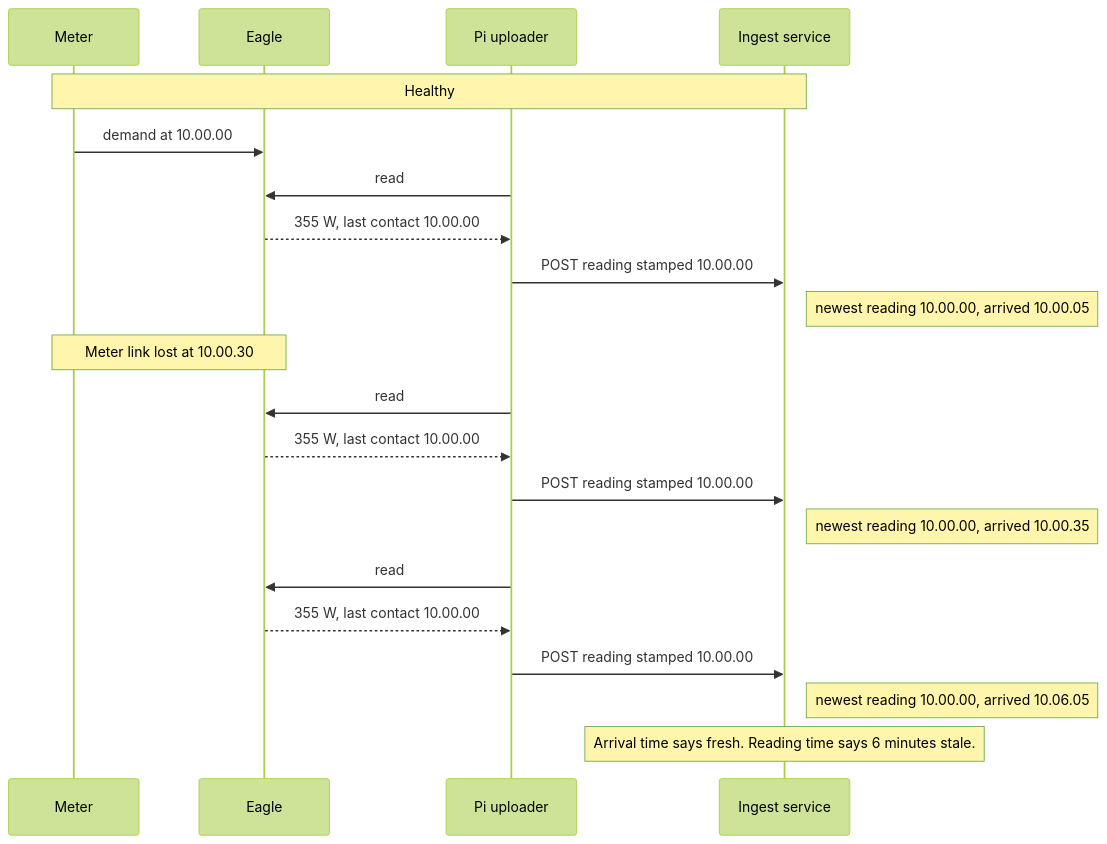
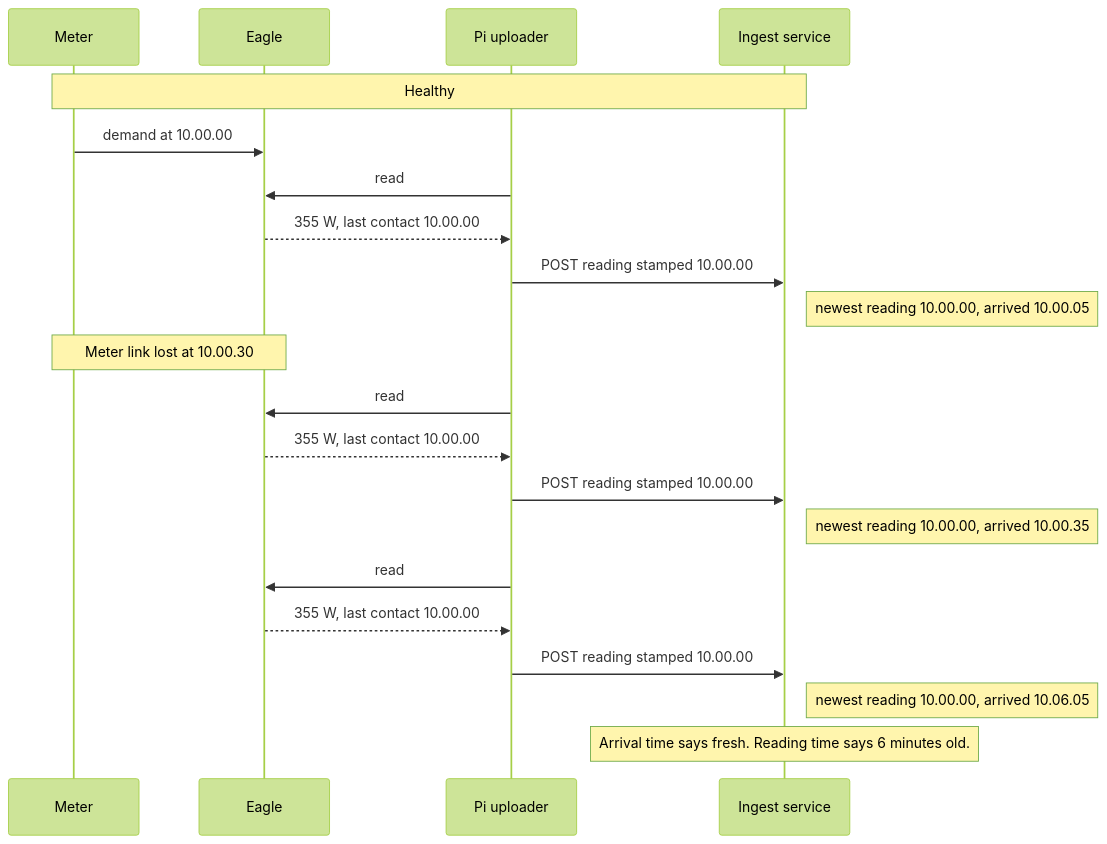
One commit to murr2k/linknode-com changed the third of 6 diagrams in docs/ALERTING.md. Above: the diagram before and after it, drawn with Mermaid (forest theme). The commit also changed other lines of this file and 10 other files, not shown here.

````diff
--- a/docs/ALERTING.md
+++ b/docs/ALERTING.md
@@ -111,25 +114,25 @@
 ```mermaid
 sequenceDiagram
     participant M as Meter
     participant E as Eagle
     participant P as Pi uploader
     participant I as Ingest service
 
     Note over M,I: Healthy
     M->>E: demand at 10.00.00
     P->>E: read
     E-->>P: 355 W, last contact 10.00.00
     P->>I: POST reading stamped 10.00.00
     Note right of I: newest reading 10.00.00, arrived 10.00.05
 
     Note over M,E: Meter link lost at 10.00.30
     P->>E: read
     E-->>P: 355 W, last contact 10.00.00
     P->>I: POST reading stamped 10.00.00
     Note right of I: newest reading 10.00.00, arrived 10.00.35
     P->>E: read
     E-->>P: 355 W, last contact 10.00.00
     P->>I: POST reading stamped 10.00.00
     Note right of I: newest reading 10.00.00, arrived 10.06.05
-    Note over I: Arrival time says fresh. Reading time says 6 minutes stale.
+    Note over I: Arrival time says fresh. Reading time says 6 minutes old.
 ```
````
